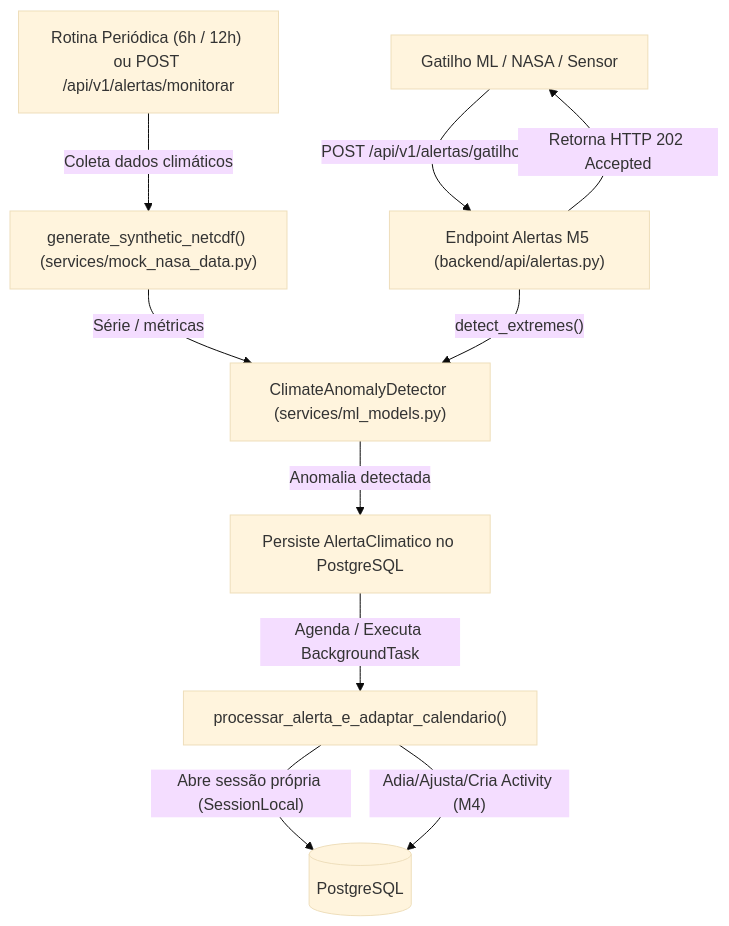
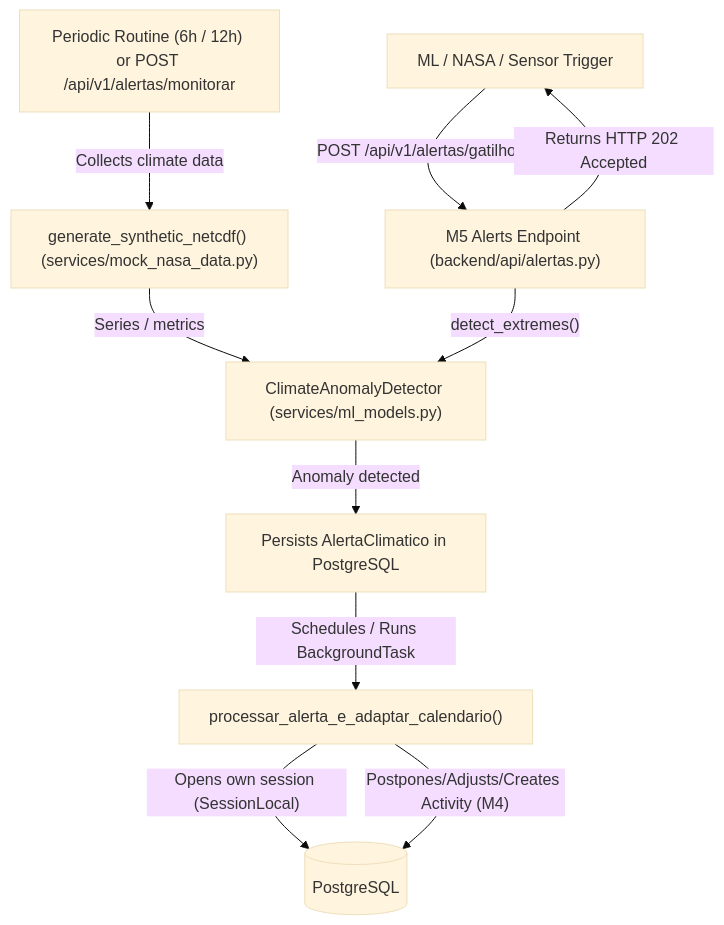
One commit to EdsonToppzera/kultiva changed the third of 3 diagrams in docs/Arquitetura/README.md. Above: the diagram before and after it, drawn with Mermaid (base theme). The commit also changed other lines of this file and 8 other files, not shown here.

````diff
--- a/docs/Arquitetura/README.md
+++ b/docs/Arquitetura/README.md
@@ -134,12 +134,12 @@
 ```mermaid
 flowchart TD
-    MON["Rotina Periódica (6h / 12h) ou POST /api/v1/alertas/monitorar"] -->|"Coleta dados climáticos"| MOCK["generate_synthetic_netcdf() (services/mock_nasa_data.py)"]
-    MOCK -->|"Série / métricas"| DET["ClimateAnomalyDetector (services/ml_models.py)"]
-    ML["Gatilho ML / NASA / Sensor"] -->|"POST /api/v1/alertas/gatilho"| API["Endpoint Alertas M5 (backend/api/alertas.py)"]
+    MON["Periodic Routine (6h / 12h) or POST /api/v1/alertas/monitorar"] -->|"Collects climate data"| MOCK["generate_synthetic_netcdf() (services/mock_nasa_data.py)"]
+    MOCK -->|"Series / metrics"| DET["ClimateAnomalyDetector (services/ml_models.py)"]
+    ML["ML / NASA / Sensor Trigger"] -->|"POST /api/v1/alertas/gatilho"| API["M5 Alerts Endpoint (backend/api/alertas.py)"]
     API -->|"detect_extremes()"| DET
-    DET -->|"Anomalia detectada"| PERSIST["Persiste AlertaClimatico no PostgreSQL"]
-    API -->|"Retorna HTTP 202 Accepted"| ML
-    PERSIST -->|"Agenda / Executa BackgroundTask"| TASK["processar_alerta_e_adaptar_calendario()"]
-    TASK -->|"Abre sessão própria (SessionLocal)"| DB[("PostgreSQL")]
-    TASK -->|"Adia/Ajusta/Cria Activity (M4)"| DB
+    DET -->|"Anomaly detected"| PERSIST["Persists AlertaClimatico in PostgreSQL"]
+    API -->|"Returns HTTP 202 Accepted"| ML
+    PERSIST -->|"Schedules / Runs BackgroundTask"| TASK["processar_alerta_e_adaptar_calendario()"]
+    TASK -->|"Opens own session (SessionLocal)"| DB[("PostgreSQL")]
+    TASK -->|"Postpones/Adjusts/Creates Activity (M4)"| DB
 ```
````
